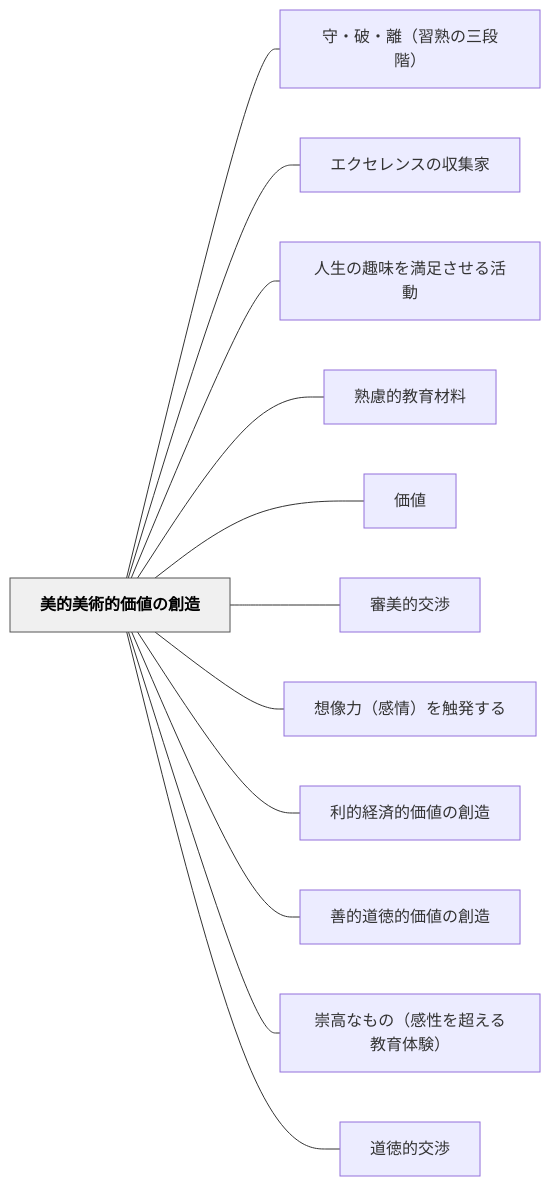
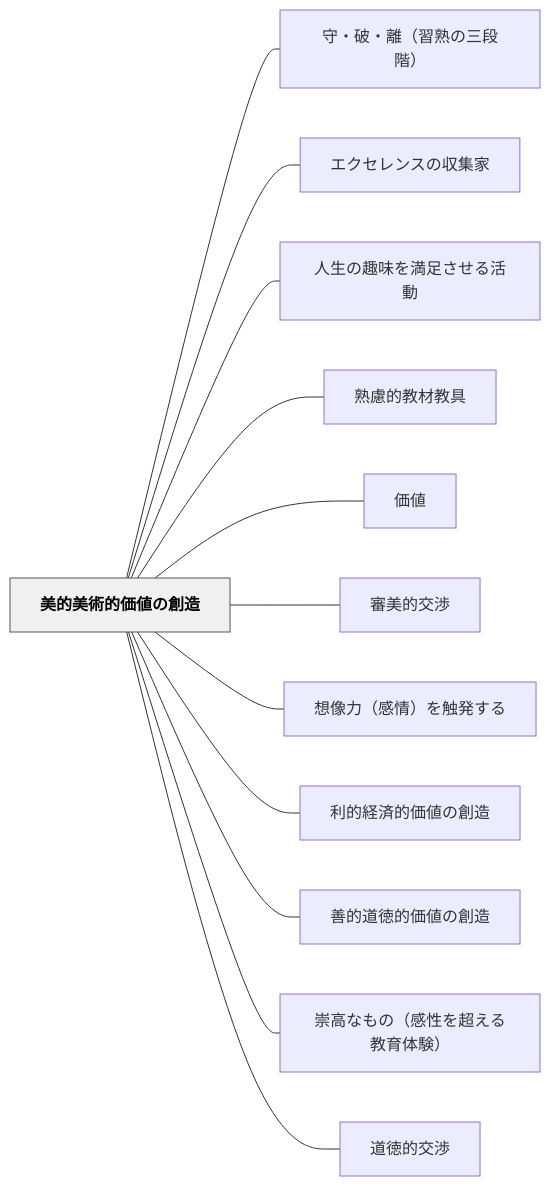
Before and after one commit to unknownthings-ed-patterns/unknownthings-ed-patterns: the diagram in content/パタン/美的美術的価値の創造.md, drawn with Mermaid. The commit also changed other lines of this file and 72 other files, not shown here.

````diff
--- a/content/パタン/美的美術的価値の創造.md
+++ b/content/パタン/美的美術的価値の創造.md
@@ -130,30 +130,30 @@
 ```mermaid
 flowchart LR
     ne7be8ee79a84e7be8ee8a193e79a84e4bea1e580a4e381aee589b5e980a0["美的美術的価値の創造"]
     ne5ae88e383bbe7a0b4e383bbe99ba2efbc88e7bf92e7869fe381aee4b889e6aeb5e99a8eefbc89["守・破・離（習熟の三段階）"]
     ne382a8e382afe382bbe383ace383b3e382b9e381aee58f8ee99b86e5aeb6["エクセレンスの収集家"]
     ne4babae7949fe381aee8b6a3e591b3e38292e6ba80e8b6b3e38195e3819be3828be6b4bbe58b95["人生の趣味を満足させる活動"]
-    ne7869fe685aee79a84e69599e882b2e69d90e69699["熟慮的教育材料"]
+    ne7869fe685aee79a84e69599e69d90e69599e585b7["熟慮的教材教具"]
     ne4bea1e580a4["価値"]
     ne5afa9e7be8ee79a84e4baa4e6b889["審美的交渉"]
     ne683b3e5838fe58a9befbc88e6849fe68385efbc89e38292e8a7a6e799bae38199e3828b["想像力（感情）を触発する"]
     ne588a9e79a84e7b58ce6b888e79a84e4bea1e580a4e381aee589b5e980a0["利的経済的価値の創造"]
     ne59684e79a84e98193e5beb3e79a84e4bea1e580a4e381aee589b5e980a0["善的道徳的価値の創造"]
     ne5b487e9ab98e381aae38282e381aeefbc88e6849fe680a7e38292e8b685e38188e3828be69599e882b2e4bd93e9a893efbc89["崇高なもの（感性を超える教育体験）"]
     ne98193e5beb3e79a84e4baa4e6b889["道徳的交渉"]
 
     ne7be8ee79a84e7be8ee8a193e79a84e4bea1e580a4e381aee589b5e980a0 --- ne5ae88e383bbe7a0b4e383bbe99ba2efbc88e7bf92e7869fe381aee4b889e6aeb5e99a8eefbc89
     ne7be8ee79a84e7be8ee8a193e79a84e4bea1e580a4e381aee589b5e980a0 --- ne382a8e382afe382bbe383ace383b3e382b9e381aee58f8ee99b86e5aeb6
     ne7be8ee79a84e7be8ee8a193e79a84e4bea1e580a4e381aee589b5e980a0 --- ne4babae7949fe381aee8b6a3e591b3e38292e6ba80e8b6b3e38195e3819be3828be6b4bbe58b95
-    ne7be8ee79a84e7be8ee8a193e79a84e4bea1e580a4e381aee589b5e980a0 --- ne7869fe685aee79a84e69599e882b2e69d90e69699
+    ne7be8ee79a84e7be8ee8a193e79a84e4bea1e580a4e381aee589b5e980a0 --- ne7869fe685aee79a84e69599e69d90e69599e585b7
     ne7be8ee79a84e7be8ee8a193e79a84e4bea1e580a4e381aee589b5e980a0 --- ne4bea1e580a4
     ne7be8ee79a84e7be8ee8a193e79a84e4bea1e580a4e381aee589b5e980a0 --- ne5afa9e7be8ee79a84e4baa4e6b889
     ne7be8ee79a84e7be8ee8a193e79a84e4bea1e580a4e381aee589b5e980a0 --- ne683b3e5838fe58a9befbc88e6849fe68385efbc89e38292e8a7a6e799bae38199e3828b
     ne7be8ee79a84e7be8ee8a193e79a84e4bea1e580a4e381aee589b5e980a0 --- ne588a9e79a84e7b58ce6b888e79a84e4bea1e580a4e381aee589b5e980a0
     ne7be8ee79a84e7be8ee8a193e79a84e4bea1e580a4e381aee589b5e980a0 --- ne59684e79a84e98193e5beb3e79a84e4bea1e580a4e381aee589b5e980a0
     ne7be8ee79a84e7be8ee8a193e79a84e4bea1e580a4e381aee589b5e980a0 --- ne5b487e9ab98e381aae38282e381aeefbc88e6849fe680a7e38292e8b685e38188e3828be69599e882b2e4bd93e9a893efbc89
     ne7be8ee79a84e7be8ee8a193e79a84e4bea1e580a4e381aee589b5e980a0 --- ne98193e5beb3e79a84e4baa4e6b889
 
     classDef hub fill:#f0f0f0,stroke:#555,color:#000,font-weight:bold
     class ne7be8ee79a84e7be8ee8a193e79a84e4bea1e580a4e381aee589b5e980a0 hub
 ```
````
